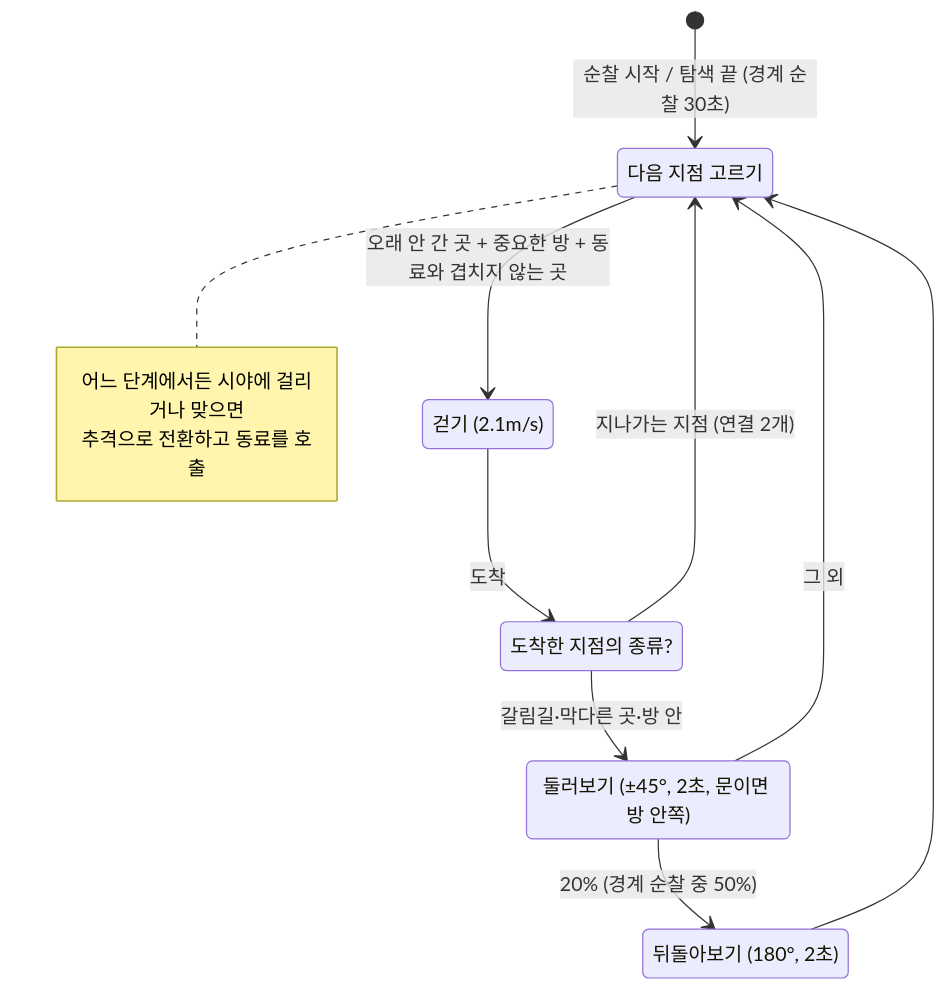
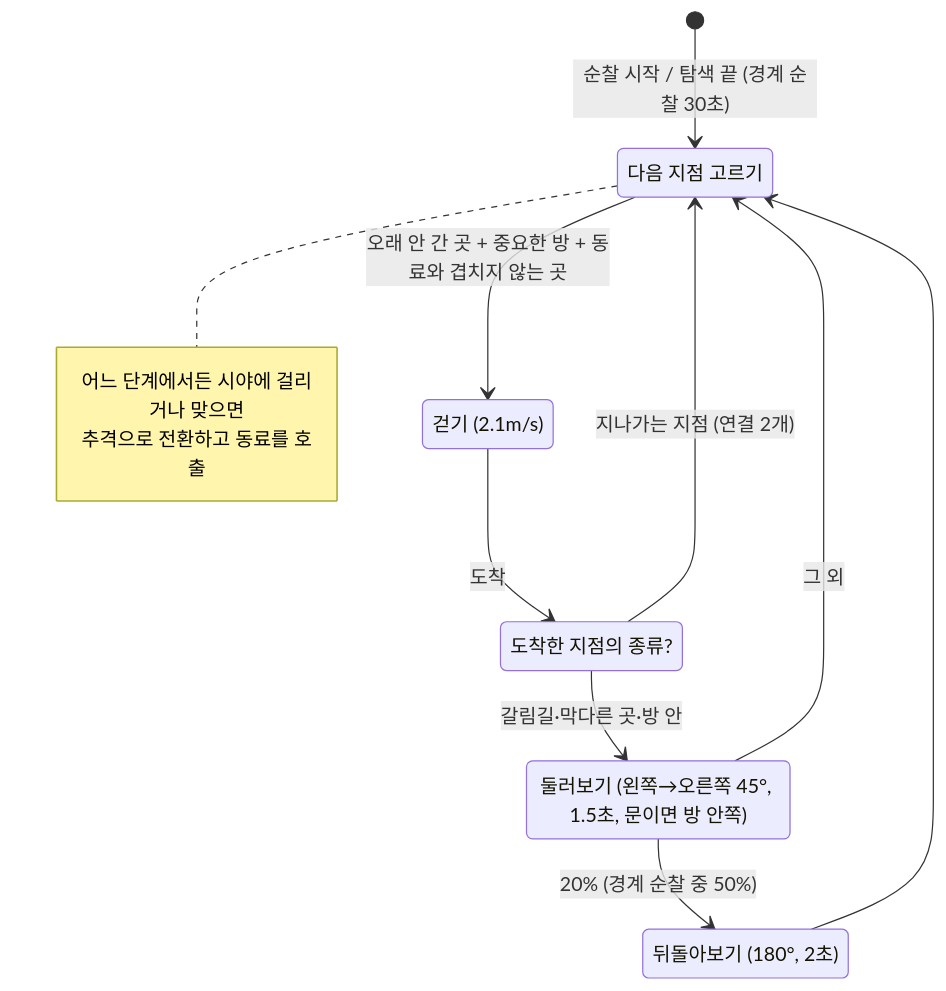
One commit to zkssk0812/unreal_multi_game_project changed the fourth of 6 diagrams in Server/docs/경비원AI_공격탐색_개선안.md. Above: the diagram before and after it, drawn with Mermaid. The commit also changed other lines of this file and 5 other files, not shown here.

````diff
--- a/Server/docs/경비원AI_공격탐색_개선안.md
+++ b/Server/docs/경비원AI_공격탐색_개선안.md
@@ -268,20 +268,20 @@
 ```mermaid
 stateDiagram-v2
     state "다음 지점 고르기" as Pick
     state "걷기 (2.1m/s)" as Walk
     state "도착한 지점의 종류?" as Arrive
-    state "둘러보기 (±45°, 2초, 문이면 방 안쪽)" as Look
+    state "둘러보기 (왼쪽→오른쪽 45°, 1.5초, 문이면 방 안쪽)" as Look
     state "뒤돌아보기 (180°, 2초)" as LookBack
     [*] --> Pick: 순찰 시작 / 탐색 끝 (경계 순찰 30초)
     Pick --> Walk: 오래 안 간 곳 + 중요한 방 + 동료와 겹치지 않는 곳
     Walk --> Arrive: 도착
     Arrive --> Pick: 지나가는 지점 (연결 2개)
     Arrive --> Look: 갈림길·막다른 곳·방 안
     Look --> LookBack: 20% (경계 순찰 중 50%)
     Look --> Pick: 그 외
     LookBack --> Pick
     note right of Pick
         어느 단계에서든 시야에 걸리거나 맞으면
         추격으로 전환하고 동료를 호출
     end note
 ```
````
